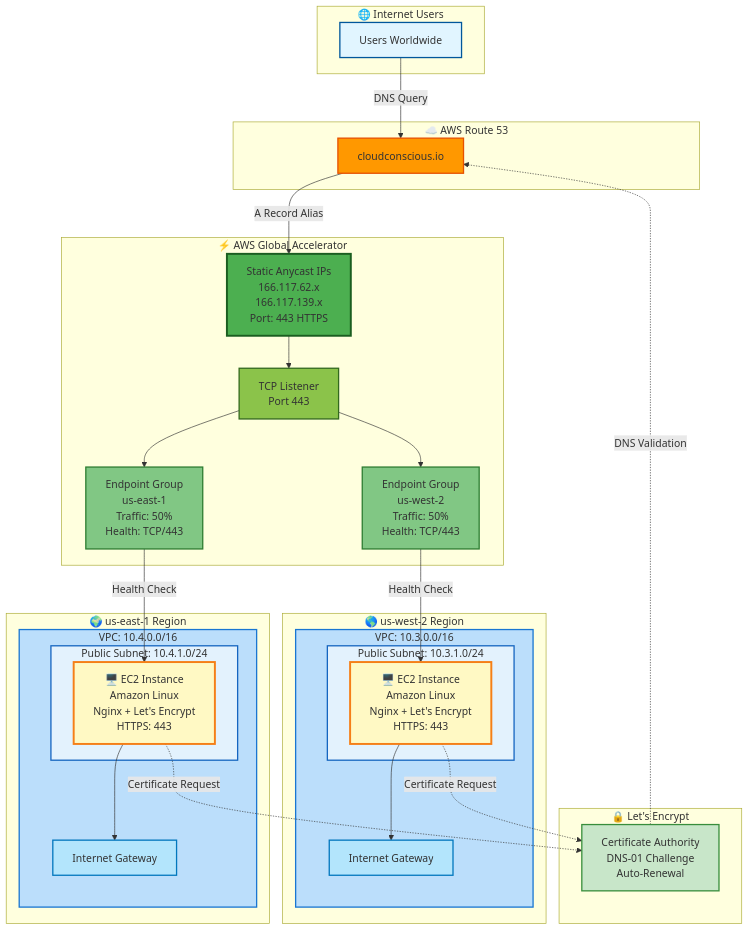
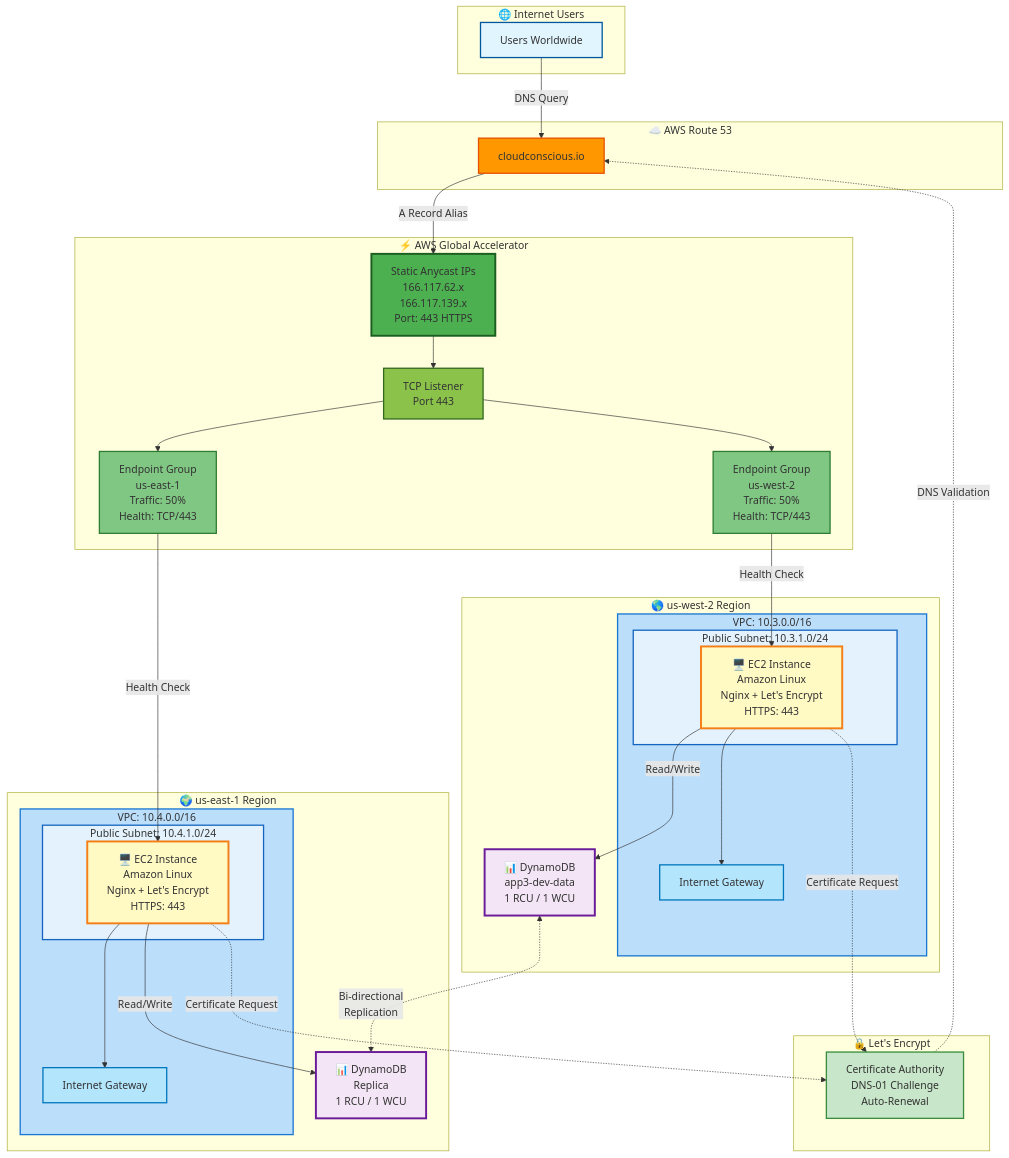
Before and after one commit to vegatros/repo1: the diagram in terraform/stacks/app3/README.md, drawn with Mermaid. The commit also changed other lines of this file, not shown here.

Commit message:
Update README with DynamoDB Global Tables documentation

````diff
--- a/terraform/stacks/app3/README.md
+++ b/terraform/stacks/app3/README.md
@@ -9,68 +9,75 @@
 ```mermaid
 graph TB
     subgraph Internet["🌐 Internet Users"]
         Users[Users Worldwide]
     end
     
     subgraph DNS["☁️ AWS Route 53"]
         R53[cloudconscious.io]
     end
     
     subgraph GA["⚡ AWS Global Accelerator"]
         Accelerator[Static Anycast IPs<br/>166.117.62.x<br/>166.117.139.x<br/>Port: 443 HTTPS]
         Listener[TCP Listener<br/>Port 443]
         EG_West[Endpoint Group<br/>us-west-2<br/>Traffic: 50%<br/>Health: TCP/443]
         EG_East[Endpoint Group<br/>us-east-1<br/>Traffic: 50%<br/>Health: TCP/443]
     end
     
     subgraph West["🌎 us-west-2 Region"]
         subgraph VPC_West["VPC: 10.3.0.0/16"]
             subgraph Subnet_West["Public Subnet: 10.3.1.0/24"]
                 EC2_West["🖥️ EC2 Instance<br/>Amazon Linux<br/>Nginx + Let's Encrypt<br/>HTTPS: 443"]
             end
             IGW_West[Internet Gateway]
         end
+        DDB_West["📊 DynamoDB<br/>app3-dev-data<br/>1 RCU / 1 WCU"]
     end
     
     subgraph East["🌍 us-east-1 Region"]
         subgraph VPC_East["VPC: 10.4.0.0/16"]
             subgraph Subnet_East["Public Subnet: 10.4.1.0/24"]
                 EC2_East["🖥️ EC2 Instance<br/>Amazon Linux<br/>Nginx + Let's Encrypt<br/>HTTPS: 443"]
             end
             IGW_East[Internet Gateway]
         end
+        DDB_East["📊 DynamoDB<br/>Replica<br/>1 RCU / 1 WCU"]
     end
     
     subgraph LE["🔒 Let's Encrypt"]
         LetsEncrypt[Certificate Authority<br/>DNS-01 Challenge<br/>Auto-Renewal]
     end
     
     Users -->|DNS Query| R53
     R53 -->|A Record Alias| Accelerator
     Accelerator --> Listener
     Listener --> EG_West
     Listener --> EG_East
     EG_West -->|Health Check| EC2_West
     EG_East -->|Health Check| EC2_East
+    EC2_West -->|Read/Write| DDB_West
+    EC2_East -->|Read/Write| DDB_East
+    DDB_West <-.->|Bi-directional<br/>Replication| DDB_East
     EC2_West -.->|Certificate Request| LetsEncrypt
     EC2_East -.->|Certificate Request| LetsEncrypt
     LetsEncrypt -.->|DNS Validation| R53
     EC2_West --> IGW_West
     EC2_East --> IGW_East
     
     style Users fill:#e1f5ff,stroke:#01579b,stroke-width:2px
     style R53 fill:#ff9800,stroke:#e65100,stroke-width:2px
     style Accelerator fill:#4caf50,stroke:#1b5e20,stroke-width:3px
     style Listener fill:#8bc34a,stroke:#33691e,stroke-width:2px
     style EG_West fill:#81c784,stroke:#2e7d32,stroke-width:2px
     style EG_East fill:#81c784,stroke:#2e7d32,stroke-width:2px
     style VPC_West fill:#bbdefb,stroke:#1976d2,stroke-width:2px
     style VPC_East fill:#bbdefb,stroke:#1976d2,stroke-width:2px
     style Subnet_West fill:#e3f2fd,stroke:#1565c0,stroke-width:2px
     style Subnet_East fill:#e3f2fd,stroke:#1565c0,stroke-width:2px
     style EC2_West fill:#fff9c4,stroke:#f57f17,stroke-width:3px
     style EC2_East fill:#fff9c4,stroke:#f57f17,stroke-width:3px
+    style DDB_West fill:#f3e5f5,stroke:#6a1b9a,stroke-width:3px
+    style DDB_East fill:#f3e5f5,stroke:#6a1b9a,stroke-width:3px
     style LetsEncrypt fill:#c8e6c9,stroke:#388e3c,stroke-width:2px
     style IGW_West fill:#b3e5fc,stroke:#0277bd,stroke-width:2px
     style IGW_East fill:#b3e5fc,stroke:#0277bd,stroke-width:2px
 ```
````
